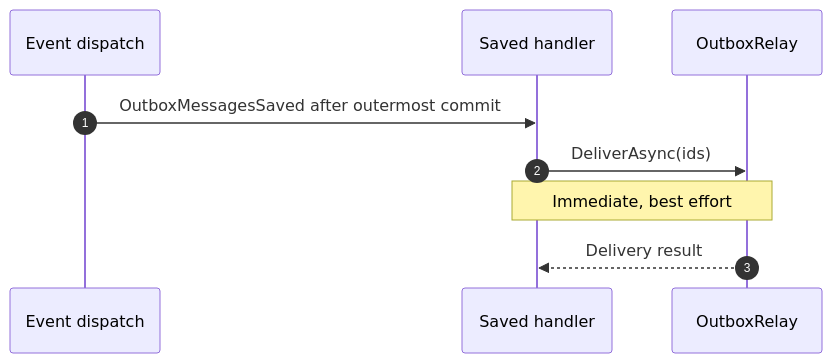
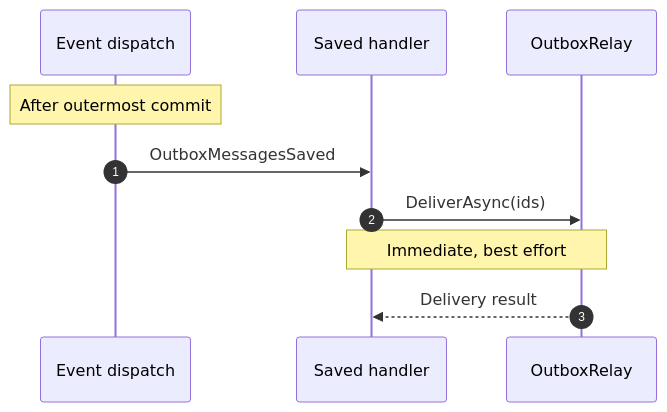
Before and after one commit to mhasabalah/StarterKit: the third of 5 diagrams in wiki/Architecture/Messaging.md, drawn with Mermaid. The commit also changed other lines of this file and 7 other files, not shown here.

````diff
--- a/wiki/Architecture/Messaging.md
+++ b/wiki/Architecture/Messaging.md
@@ -112,11 +76,12 @@
 ```mermaid
 sequenceDiagram
   autonumber
   participant D as Event dispatch
   participant H as Saved handler
   participant R as OutboxRelay
-  D->>H: OutboxMessagesSaved after outermost commit
+  Note over D: After outermost commit
+  D->>H: OutboxMessagesSaved
   H->>R: DeliverAsync(ids)
   Note over H,R: Immediate, best effort
   R-->>H: Delivery result
 ```
````
